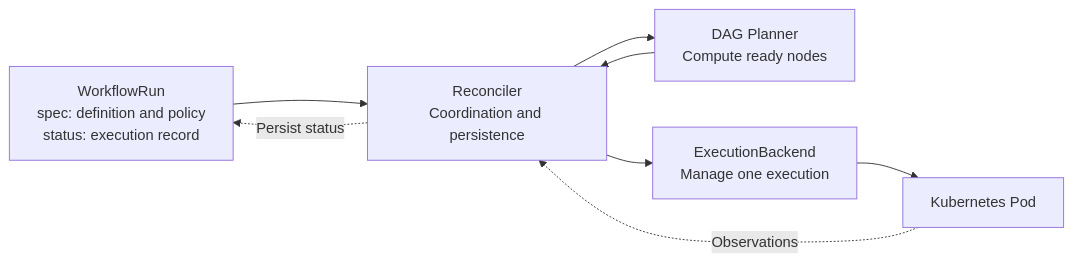
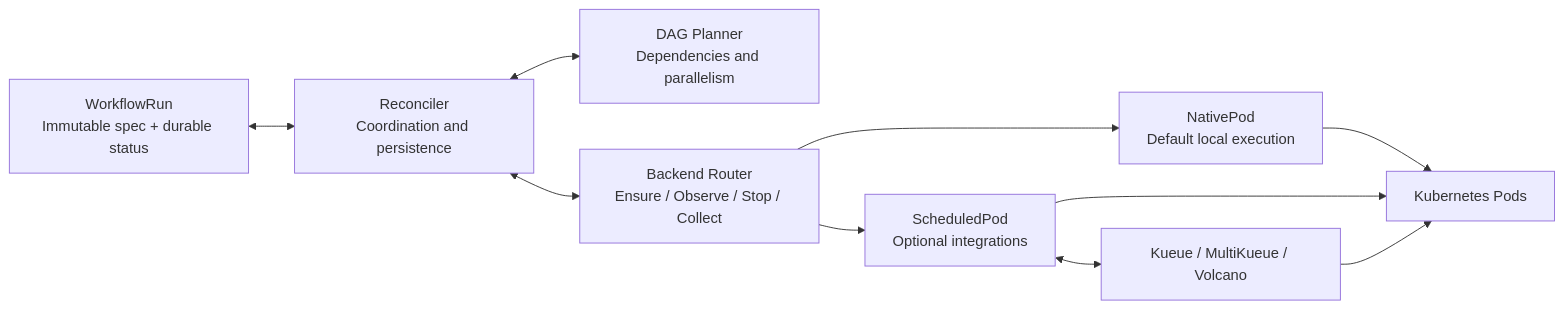
One commit to wsq2333/milos changed the diagram in README.md. Above: the diagram before and after it, drawn with Mermaid. The commit also changed other lines of this file and 1 other file, not shown here.

Commit message:
docs: streamline READMEs around implemented architecture and roadmap

````diff
--- a/README.md
+++ b/README.md
@@ -67,16 +15,12 @@
 ```mermaid
 flowchart LR
-    W["WorkflowRun<br/>spec: definition and policy<br/>status: execution record"]
-    R["Reconciler<br/>Coordination and persistence"]
-    P["DAG Planner<br/>Compute ready nodes"]
-    B["ExecutionBackend<br/>Manage one execution"]
-    K["Kubernetes Pod"]
-
-    W --> R
-    R --> P
-    P --> R
-    R --> B
-    B --> K
-    K -. Observations .-> R
-    R -. Persist status .-> W
+    W["WorkflowRun<br/>Immutable spec + durable status"] <--> R["Reconciler<br/>Coordination and persistence"]
+    R <--> P["DAG Planner<br/>Dependencies and parallelism"]
+    R <--> B["Backend Router<br/>Ensure / Observe / Stop / Collect"]
+    B --> N["NativePod<br/>Default local execution"]
+    B --> S["ScheduledPod<br/>Optional integrations"]
+    N --> K["Kubernetes Pods"]
+    S <--> Q["Kueue / MultiKueue / Volcano"]
+    S --> K
+    Q --> K
 ```
````
